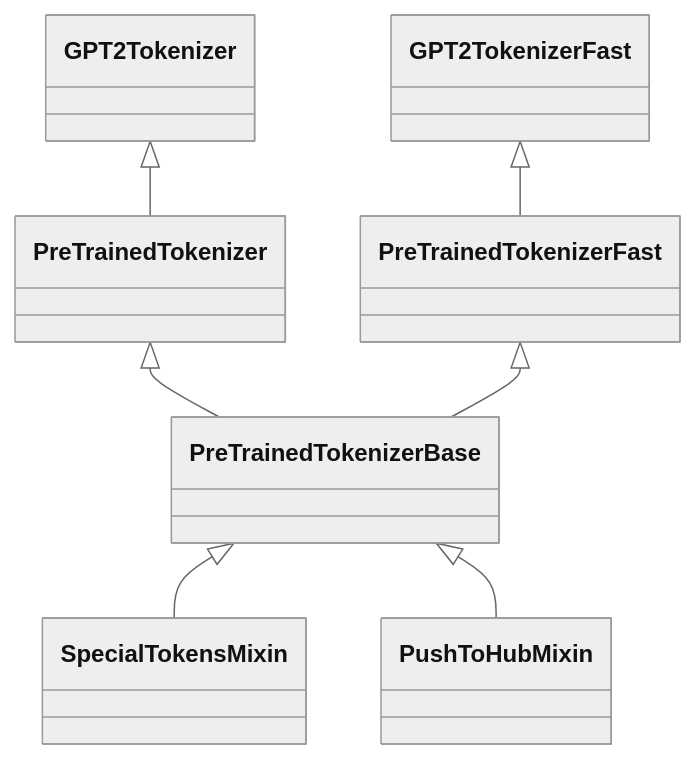
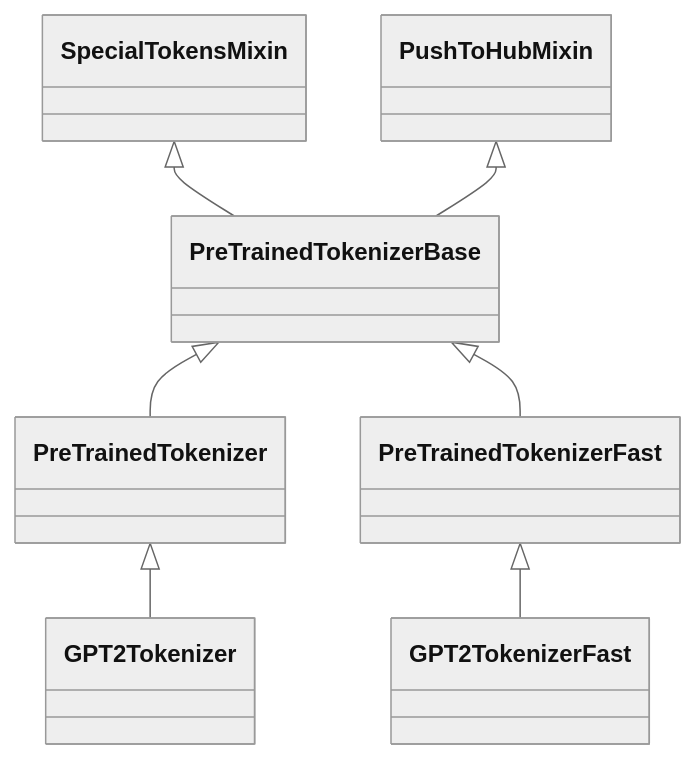
Before and after one commit to ARG-NCTU/oop-python-nycu: the second of 2 diagrams in docs/transformers-models-gpt2.md, drawn with Mermaid (neutral theme).

Commit message:
Fix: :transformers class diagram arrow direction

````diff
--- a/docs/transformers-models-gpt2.md
+++ b/docs/transformers-models-gpt2.md
@@ -73,11 +73,12 @@
 ```mermaid
 classDiagram
-    GPT2Tokenizer <|-- PreTrainedTokenizer 
-    PreTrainedTokenizer <|-- PreTrainedTokenizerBase 
-    PreTrainedTokenizerBase <|-- SpecialTokensMixin
-    PreTrainedTokenizerBase <|-- PushToHubMixin
+    PreTrainedTokenizer <|-- GPT2Tokenizer
+    PreTrainedTokenizerBase <|-- PreTrainedTokenizer
+    SpecialTokensMixin  <|-- PreTrainedTokenizerBase
+    PushToHubMixin <|-- PreTrainedTokenizerBase
 
-    GPT2TokenizerFast <|-- PreTrainedTokenizerFast
-    PreTrainedTokenizerFast <|-- PreTrainedTokenizerBase
+    PreTrainedTokenizerFast <|-- GPT2TokenizerFast
+    PreTrainedTokenizerBase  <|-- PreTrainedTokenizerFast
+
 
 ``` 
````
